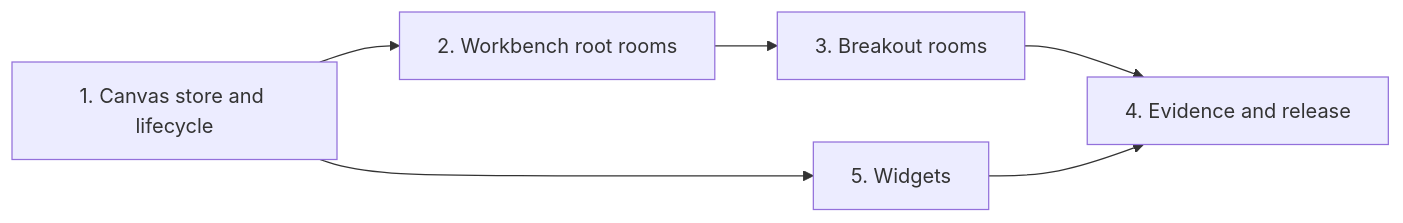
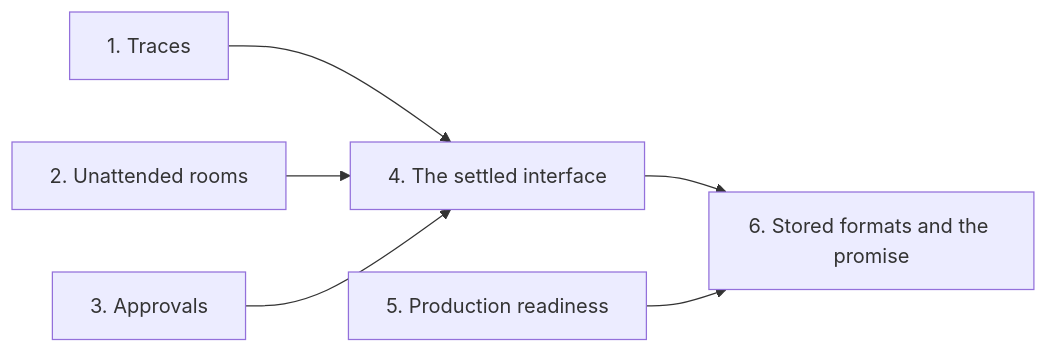
Before and after one commit to ambionframework/ambion: the diagram in planning/next.md, drawn with Mermaid. The commit also changed other lines of this file and 4 other files, not shown here.

````diff
--- a/planning/next.md
+++ b/planning/next.md
@@ -45,8 +70,8 @@
 ```mermaid
 flowchart LR
-  P1[1. Canvas store and lifecycle] --> P2[2. Workbench root rooms]
-  P2 --> P3[3. Breakout rooms]
-  P3 --> P4[4. Evidence and release]
-  P1 --> P5[5. Widgets]
-  P5 --> P4
+  P1[1. Traces] --> P4[4. The settled interface]
+  P2[2. Unattended rooms] --> P4
+  P3[3. Approvals] --> P4
+  P4 --> P6[6. Stored formats and the promise]
+  P5[5. Production readiness] --> P6
 ```
````
